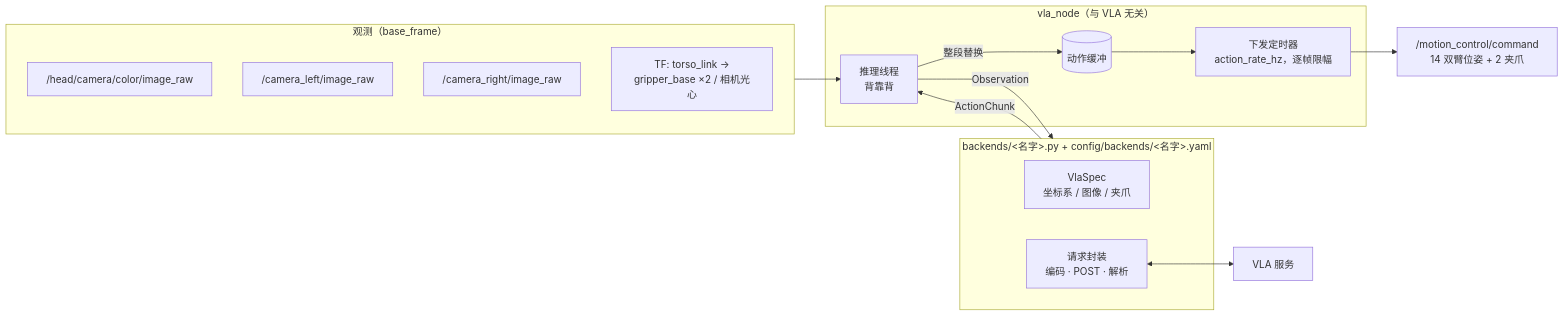
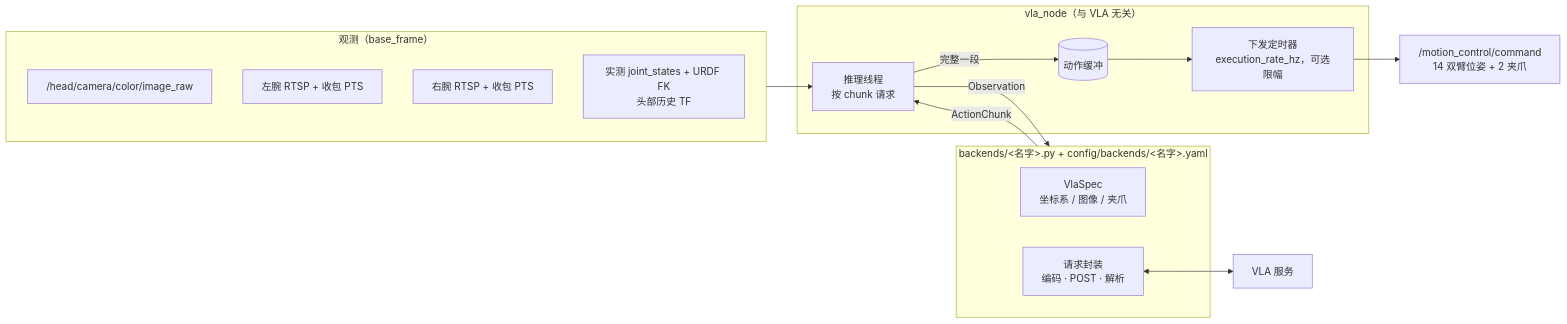
Before and after one commit to yizhongzhang1989/Unitree_G1_Workspace: the diagram in src/g1_vla_bridge/README.md, drawn with Mermaid. The commit also changed other lines of this file and 175 other files, not shown here.

````diff
--- a/src/g1_vla_bridge/README.md
+++ b/src/g1_vla_bridge/README.md
@@ -20,28 +19,28 @@
 ```mermaid
 flowchart LR
     subgraph obs["观测（base_frame）"]
         head["/head/camera/color/image_raw"]
-        wl["/camera_left/image_raw"]
-        wr["/camera_right/image_raw"]
-        tf["TF: torso_link →<br/>gripper_base ×2 / 相机光心"]
+        wl["左腕 RTSP + 收包 PTS"]
+        wr["右腕 RTSP + 收包 PTS"]
+        tf["实测 joint_states + URDF FK<br/>头部历史 TF"]
     end
 
     subgraph node["vla_node（与 VLA 无关）"]
-        worker["推理线程<br/>背靠背"]
+        worker["推理线程<br/>按 chunk 请求"]
         buffer[("动作缓冲")]
-        timer["下发定时器<br/>action_rate_hz，逐帧限幅"]
+        timer["下发定时器<br/>execution_rate_hz，可选限幅"]
     end
 
     subgraph be["backends/&lt;名字&gt;.py + config/backends/&lt;名字&gt;.yaml"]
         spec["VlaSpec<br/>坐标系 / 图像 / 夹爪"]
         wire["请求封装<br/>编码 · POST · 解析"]
     end
 
     obs --> worker
     worker -- Observation --> be
     be -- ActionChunk --> worker
     wire <--> vla["VLA 服务"]
-    worker -- 整段替换 --> buffer
+    worker -- 完整一段 --> buffer
     buffer --> timer
     timer --> mc["/motion_control/command<br/>14 双臂位姿 + 2 夹爪"]
 ```
````
